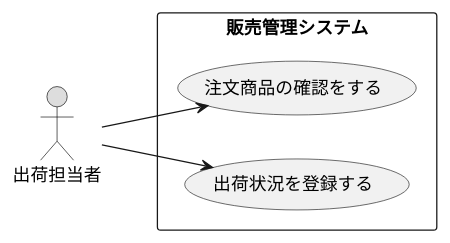
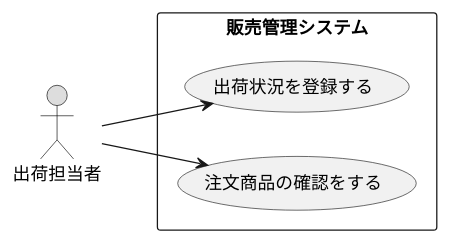
Before and after one commit to Ragamn/uml-introduction: the diagram in 演習2-5_盛岡商事_販売管理システム.pu, drawn with PlantUML. The commit also changed other lines of this file, not shown here.

```diff
--- a/演習2-5_盛岡商事_販売管理システム.pu
+++ b/演習2-5_盛岡商事_販売管理システム.pu
@@ -1,10 +1,10 @@
 @startuml
 left to right direction
 actor 出荷担当者 #DDDDDD;line:black;
 rectangle 販売管理システム {
+usecase 出荷状況を登録する
 usecase 注文商品の確認をする
-usecase 出荷状況を登録する
 }
+出荷担当者 --> 出荷状況を登録する
 出荷担当者 --> 注文商品の確認をする
-出荷担当者 --> 出荷状況を登録する
 @enduml
```
